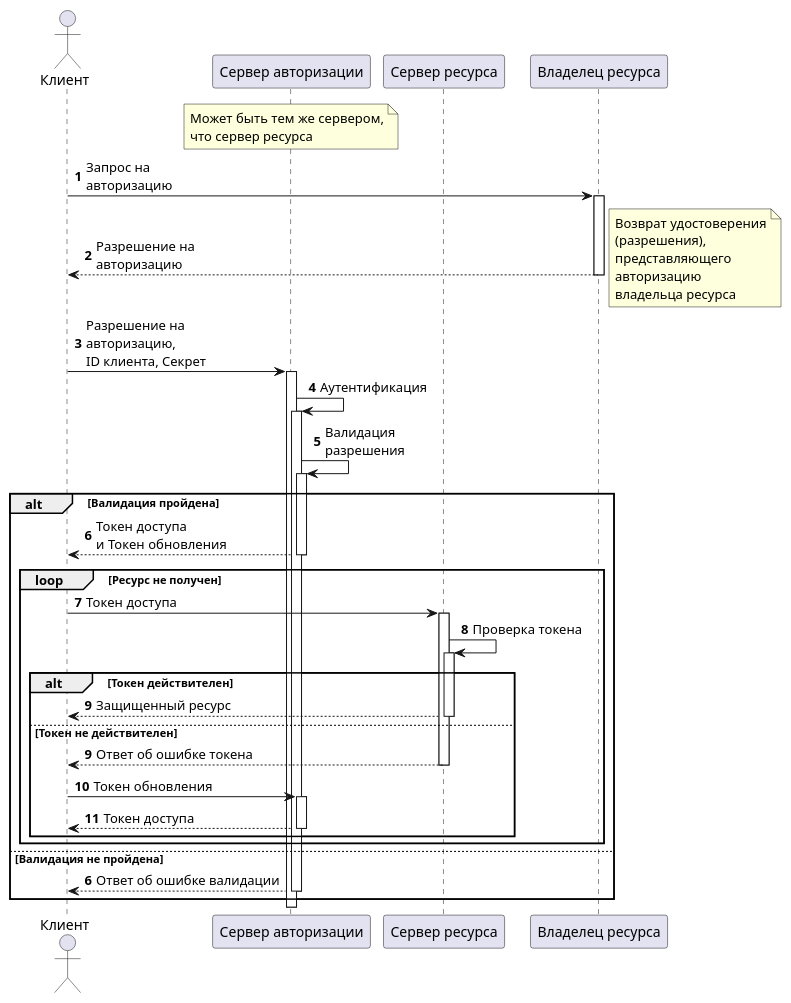
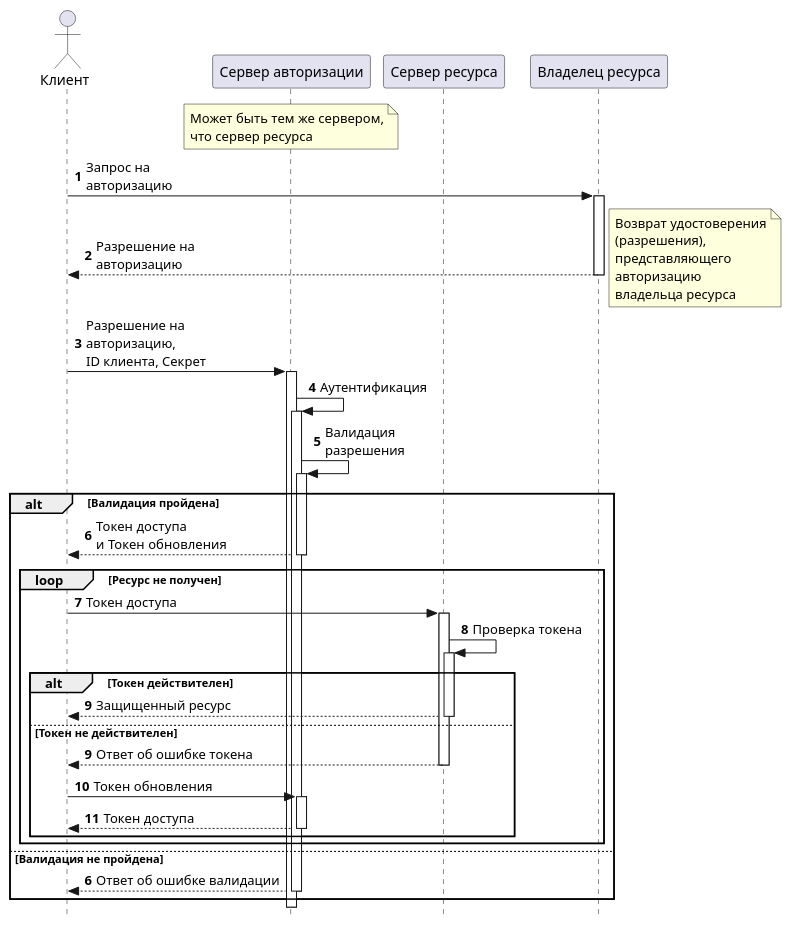
The first of 2 diagrams in docs/OAuth.puml (AleksanderNekr/LichessAnalyzer), drawn with PlantUML before and after one commit. The commit also changed other lines of this file and 2 other files, not shown here.

```diff
--- a/docs/OAuth.puml
+++ b/docs/OAuth.puml
@@ -1,50 +1,54 @@
 @startuml auth-code-flow
+
+skinparam {
+    style strictuml
+}
 
 autonumber
 autoactivate on
 
 actor Клиент as client
 participant "Сервер авторизации" as auth_server
 note over of auth_server
 Может быть тем же сервером,
 что сервер ресурса
 end note
 participant "Сервер ресурса" as resource_server
 participant "Владелец ресурса" as resource_owner
 
 client -> resource_owner: Запрос на\nавторизацию
 return Разрешение на\nавторизацию
 note right
 Возврат удостоверения
 (разрешения),
 представляющего
 авторизацию
 владельца ресурса
 end note
 
 client -> auth_server: Разрешение на\nавторизацию,\nID клиента, Секрет
 auth_server -> auth_server: Аутентификация
 auth_server -> auth_server: Валидация\nразрешения
 
 alt Валидация пройдена
     auth_server --> client: Токен доступа\nи Токен обновления
     
     loop Ресурс не получен
         client -> resource_server: Токен доступа
         resource_server -> resource_server: Проверка токена
         alt Токен действителен
             resource_server --> client: Защищенный ресурс
         else Токен не действителен
             autonumber 9
             resource_server --> client: Ответ об ошибке токена
             client -> auth_server: Токен обновления
             auth_server --> client: Токен доступа
         end
     end
 else Валидация не пройдена
     autonumber 6
     auth_server --> client: Ответ об ошибке валидации
 end
 
 
 @enduml
```
